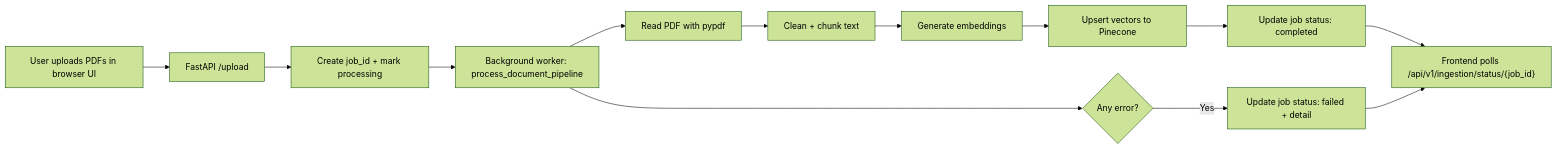
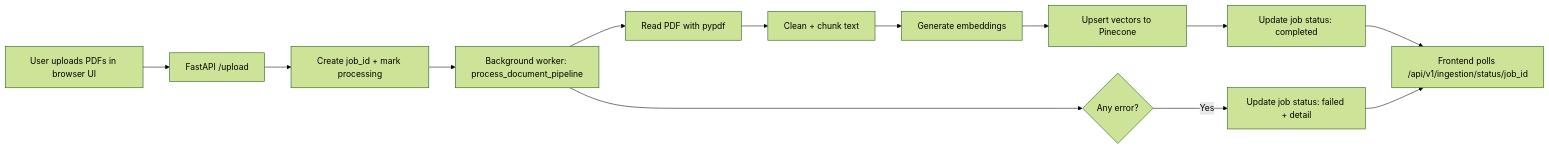
One commit to paolo-ignacio/improved_rag_ingestion changed the diagram in README.md. Above: the diagram before and after it, drawn with Mermaid (forest theme).

Commit message:
Add changes in README.md

````diff
--- a/README.md
+++ b/README.md
@@ -17,15 +17,15 @@
 ```mermaid
 flowchart LR
 	A[User uploads PDFs in browser UI] --> B[FastAPI /upload]
 	B --> C[Create job_id + mark processing]
 	C --> D[Background worker: process_document_pipeline]
 	D --> E[Read PDF with pypdf]
 	E --> F[Clean + chunk text]
 	F --> G[Generate embeddings]
 	G --> H[Upsert vectors to Pinecone]
 	H --> I[Update job status: completed]
 	D --> J{Any error?}
 	J -->|Yes| K[Update job status: failed + detail]
-	I --> L["Frontend polls /api/v1/ingestion/status/{job_id}"]
+	I --> L["Frontend polls /api/v1/ingestion/status/job_id"]
 	K --> L
 ```
````
